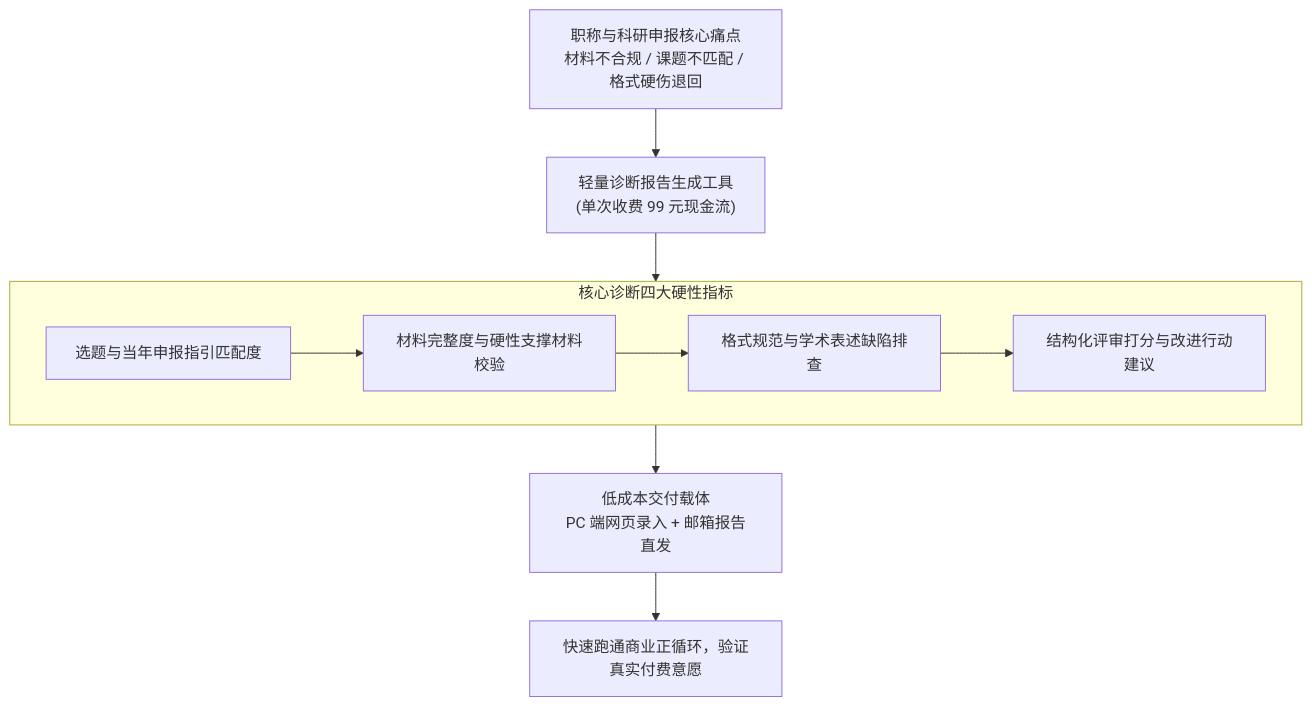
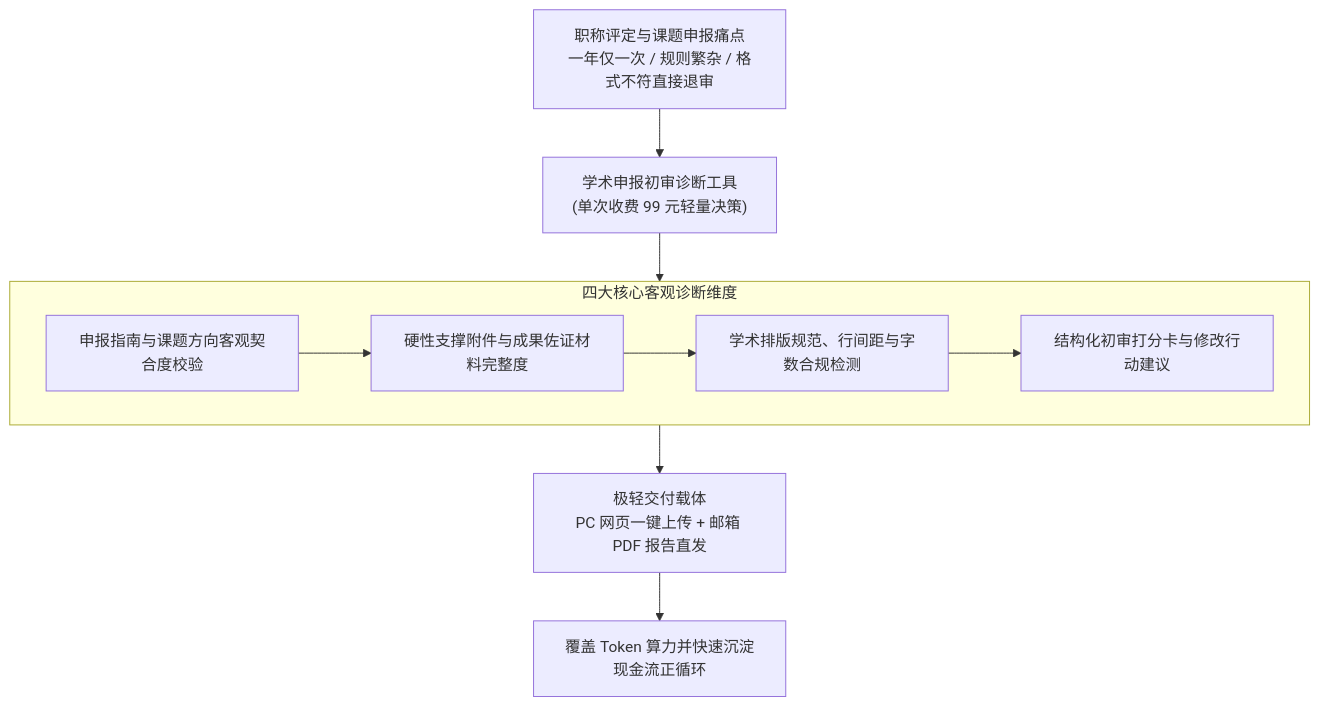
One commit to dollarser/knowledge changed the seventh of 13 diagrams in content/live-20261103-01.md. Above: the diagram before and after it, drawn with Mermaid. The commit also changed other lines of this file, not shown here.

````diff
--- a/content/live-20261103-01.md
+++ b/content/live-20261103-01.md
@@ -44,16 +250,16 @@
 ```mermaid
 flowchart TD
-    Pain["职称与科研申报核心痛点<br/>材料不合规 / 课题不匹配 / 格式硬伤退回"] --> MVP["轻量诊断报告生成工具<br/>(单次收费 99 元现金流)"]
+    Pain["职称评定与课题申报痛点<br/>一年仅一次 / 规则繁杂 / 格式不符直接退审"] --> Tool["学术申报初审诊断工具<br/>(单次收费 99 元轻量决策)"]
     
-    subgraph Logic["核心诊断四大硬性指标"]
-        C1["选题与当年申报指引匹配度"]
-        C2["材料完整度与硬性支撑材料校验"]
-        C3["格式规范与学术表述缺陷排查"]
-        C4["结构化评审打分与改进行动建议"]
-        C1 --> C2 --> C3 --> C4
+    subgraph Logic["四大核心客观诊断维度"]
+        M1["申报指南与课题方向客观契合度校验"]
+        M2["硬性支撑附件与成果佐证材料完整度"]
+        M3["学术排版规范、行间距与字数合规检测"]
+        M4["结构化初审打分卡与修改行动建议"]
+        M1 --> M2 --> M3 --> M4
     end
 
-    MVP --> Logic
-    Logic --> Channel["低成本交付载体<br/>PC 端网页录入 + 邮箱报告直发"]
-    Channel --> Cash["快速跑通商业正循环，验证真实付费意愿"]
+    Tool --> Logic
+    Logic --> Delivery["极轻交付载体<br/>PC 网页一键上传 + 邮箱 PDF 报告直发"]
+    Delivery --> Profit["覆盖 Token 算力并快速沉淀现金流正循环"]
 ```
````
